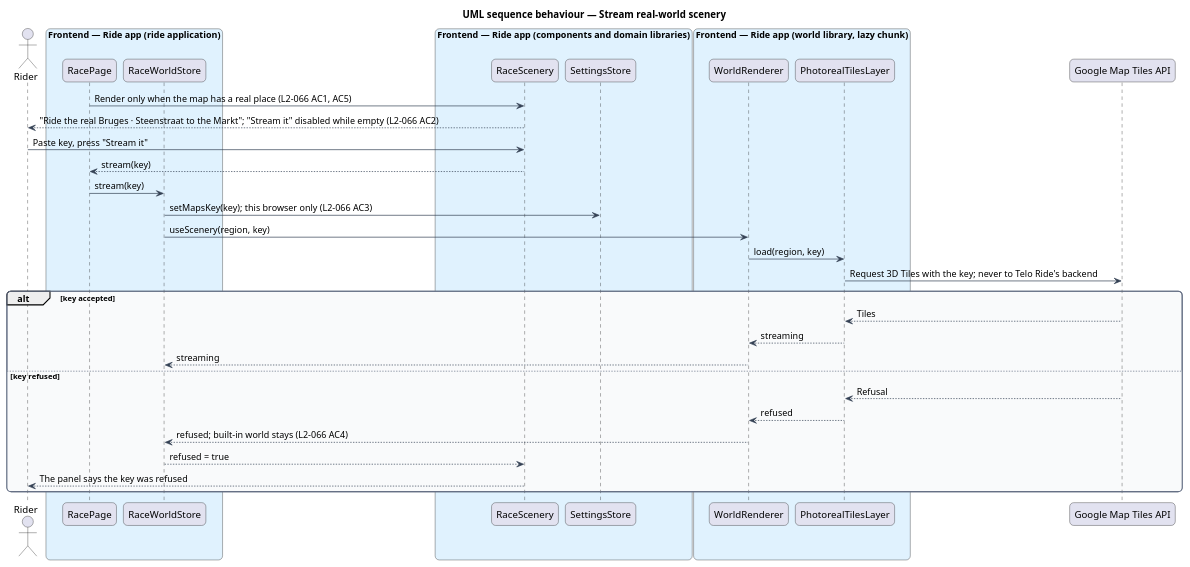
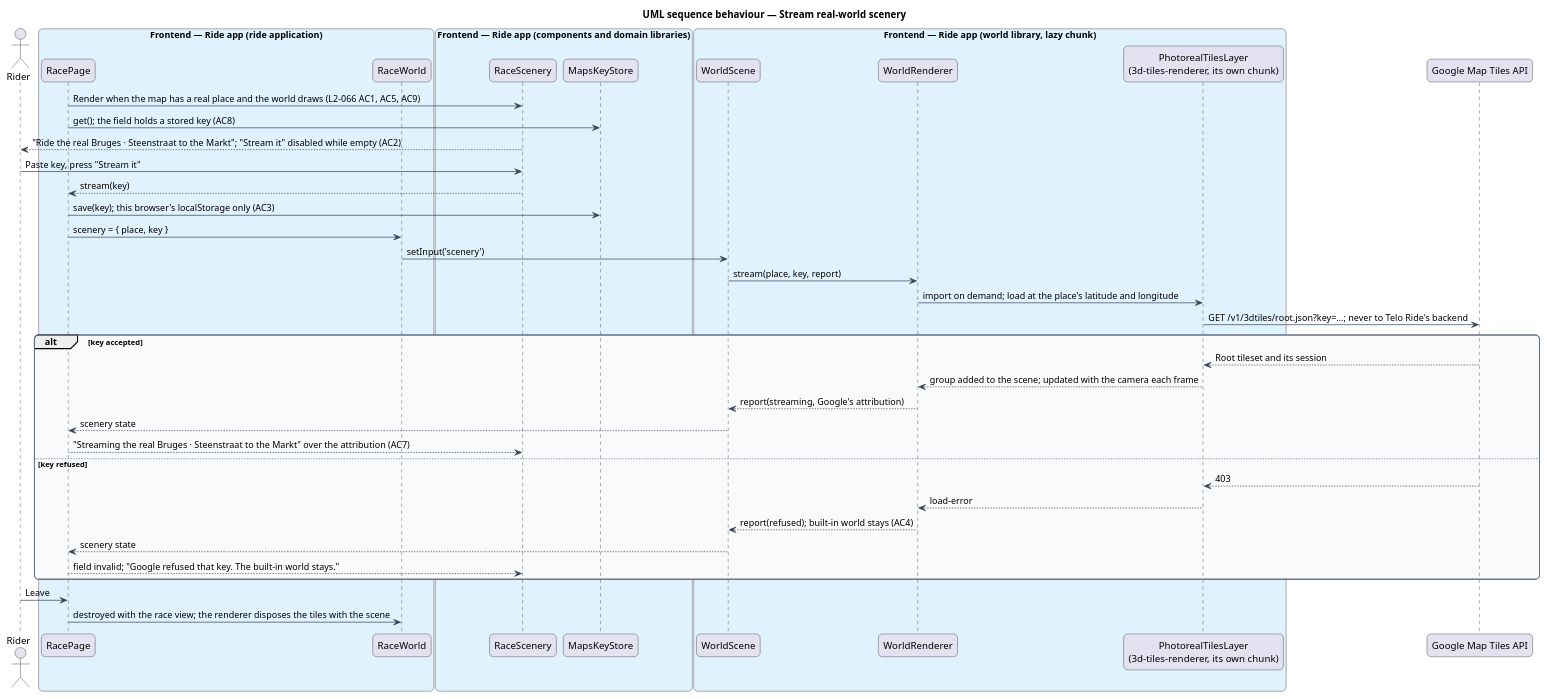
The diagram in docs/detailed-designs/race/render-the-race-world/diagrams/sequence-stream-real-scenery.puml (QuinntyneBrown/ride-one), drawn with PlantUML before and after one commit. The commit also changed 21 other files, not shown here.

First line of the commit message:
Settle real-world scenery in its requirement, design, mocks and ADR 0021

```diff
--- a/docs/detailed-designs/race/render-the-race-world/diagrams/sequence-stream-real-scenery.puml
+++ b/docs/detailed-designs/race/render-the-race-world/diagrams/sequence-stream-real-scenery.puml
@@ -1,51 +1,58 @@
 @startuml
 title UML sequence behaviour — Stream real-world scenery
 skinparam backgroundColor #FFFFFF
 skinparam shadowing false
 skinparam roundcorner 12
 skinparam defaultFontName Arial
 skinparam ArrowColor #344054
 skinparam rectangle {
   BorderColor #344054
   FontColor #101828
 }
 skinparam package {
   BorderColor #667085
   FontColor #101828
   BackgroundColor #F9FAFB
 }
 actor "Rider" as actor
 box "Frontend — Ride app (ride application)" #E0F2FE
   participant "RacePage" as page
-  participant "RaceWorldStore" as wstore
+  participant "RaceWorld" as rworld
 end box
 box "Frontend — Ride app (components and domain libraries)" #E0F2FE
   participant "RaceScenery" as panel
-  participant "SettingsStore" as settings
+  participant "MapsKeyStore" as keys
 end box
 box "Frontend — Ride app (world library, lazy chunk)" #E0F2FE
+  participant "WorldScene" as scene
   participant "WorldRenderer" as renderer
-  participant "PhotorealTilesLayer" as tiles
+  participant "PhotorealTilesLayer\n(3d-tiles-renderer, its own chunk)" as tiles
 end box
 participant "Google Map Tiles API" as google
-page -> panel : Render only when the map has a real place (L2-066 AC1, AC5)
-panel --> actor : "Ride the real Bruges · Steenstraat to the Markt"; "Stream it" disabled while empty (L2-066 AC2)
+page -> panel : Render when the map has a real place and the world draws (L2-066 AC1, AC5, AC9)
+page -> keys : get(); the field holds a stored key (AC8)
+panel --> actor : "Ride the real Bruges · Steenstraat to the Markt"; "Stream it" disabled while empty (AC2)
 actor -> panel : Paste key, press "Stream it"
 panel --> page : stream(key)
-page -> wstore : stream(key)
-wstore -> settings : setMapsKey(key); this browser only (L2-066 AC3)
-wstore -> renderer : useScenery(region, key)
-renderer -> tiles : load(region, key)
-tiles -> google : Request 3D Tiles with the key; never to Telo Ride's backend
+page -> keys : save(key); this browser's localStorage only (AC3)
+page -> rworld : scenery = { place, key }
+rworld -> scene : setInput('scenery')
+scene -> renderer : stream(place, key, report)
+renderer -> tiles : import on demand; load at the place's latitude and longitude
+tiles -> google : GET /v1/3dtiles/root.json?key=…; never to Telo Ride's backend
 alt key accepted
-  google --> tiles : Tiles
-  tiles --> renderer : streaming
-  renderer --> wstore : streaming
+  google --> tiles : Root tileset and its session
+  tiles --> renderer : group added to the scene; updated with the camera each frame
+  renderer --> scene : report(streaming, Google's attribution)
+  scene --> page : scenery state
+  page --> panel : "Streaming the real Bruges · Steenstraat to the Markt" over the attribution (AC7)
 else key refused
-  google --> tiles : Refusal
-  tiles --> renderer : refused
-  renderer --> wstore : refused; built-in world stays (L2-066 AC4)
-  wstore --> panel : refused = true
-  panel --> actor : The panel says the key was refused
+  google --> tiles : 403
+  tiles --> renderer : load-error
+  renderer --> scene : report(refused); built-in world stays (AC4)
+  scene --> page : scenery state
+  page --> panel : field invalid; "Google refused that key. The built-in world stays."
 end
+actor -> page : Leave
+page -> rworld : destroyed with the race view; the renderer disposes the tiles with the scene
 @enduml
```
